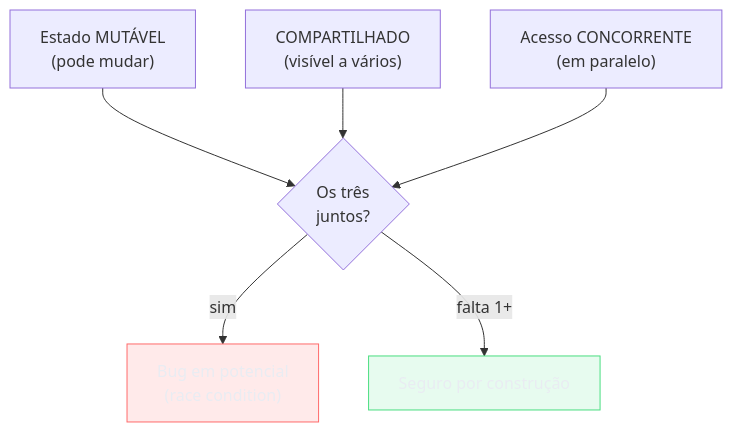
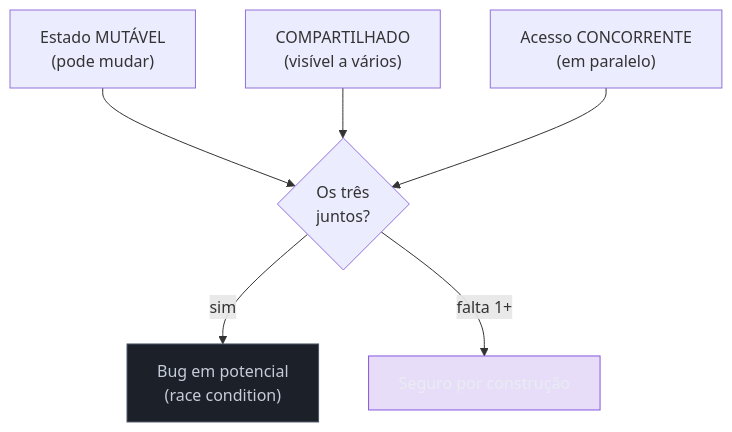
Before and after one commit to josenaldo/codex-technomanticus: the first of 6 diagrams in 03-Dominios/Ciência/Concorrência e Paralelismo/03 - Estado compartilhado e race conditions.md, drawn with Mermaid. The commit also changed other lines of this file and 601 other files, not shown here.

````diff
--- a/03-Dominios/Ciência/Concorrência e Paralelismo/03 - Estado compartilhado e race conditions.md
+++ b/03-Dominios/Ciência/Concorrência e Paralelismo/03 - Estado compartilhado e race conditions.md
@@ -28,13 +28,13 @@
 ```mermaid
 flowchart TD
-    classDef falha fill:#FF6B6B24,stroke:#FF6B6B,color:#E9ECF2
-    classDef ok fill:#4ADE8021,stroke:#4ADE80,color:#E9ECF2
+    classDef marca fill:#8855DF33,stroke:#8855DF,color:#E9ECF2
+    classDef neutro fill:#1B2029,stroke:#4E5666,color:#C6CCD8
     A["Estado MUTÁVEL<br/>(pode mudar)"] --> X{"Os três<br/>juntos?"}
     B["COMPARTILHADO<br/>(visível a vários)"] --> X
     C["Acesso CONCORRENTE<br/>(em paralelo)"] --> X
     X -->|sim| BUG["Bug em potencial<br/>(race condition)"]
     X -->|"falta 1+"| OK["Seguro por construção"]
 
-    class BUG falha
-    class OK ok
+    class BUG neutro
+    class OK marca
 ```
````
